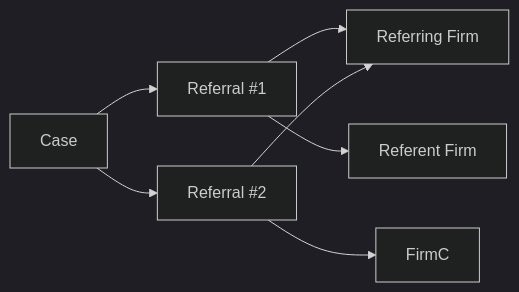
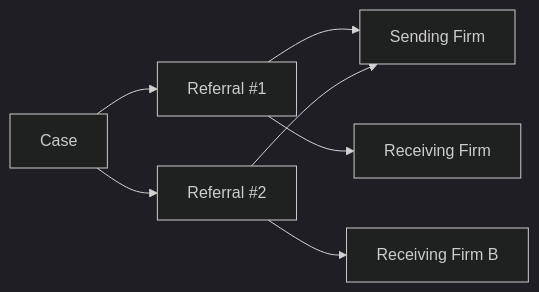
The diagram in concepts/cases.mdx (casexchange/api-docs), drawn with Mermaid (dark theme) before and after one commit. The commit also changed other lines of this file and 7 other files, not shown here.

````diff
--- a/concepts/cases.mdx
+++ b/concepts/cases.mdx
@@ -12,9 +25,9 @@
 ```mermaid
 flowchart LR
   Case --> Referral1[Referral #1]
   Case --> Referral2[Referral #2]
-  Referral1 --> FirmA[Referring Firm]
-  Referral1 --> FirmB[Referent Firm]
+  Referral1 --> FirmA[Sending Firm]
+  Referral1 --> FirmB[Receiving Firm]
   Referral2 --> FirmA
-  Referral2 --> FirmC
+  Referral2 --> FirmC[Receiving Firm B]
 ```
````
